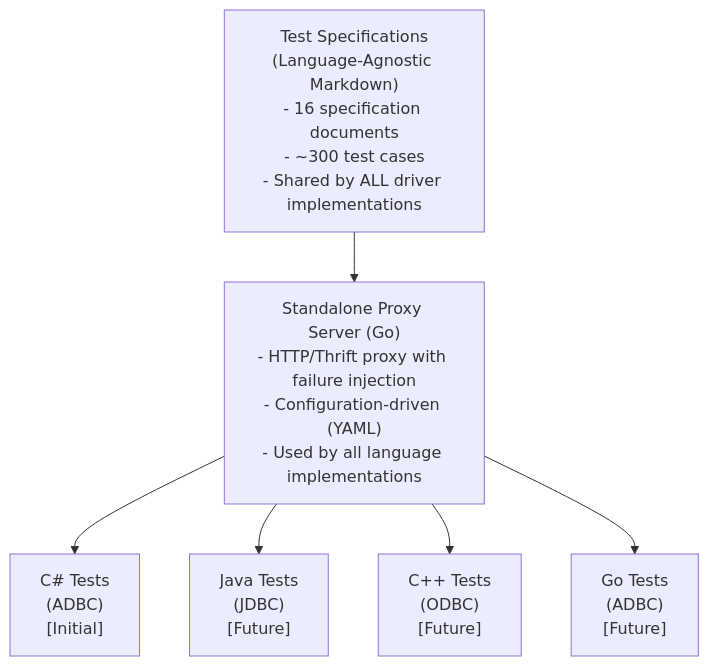
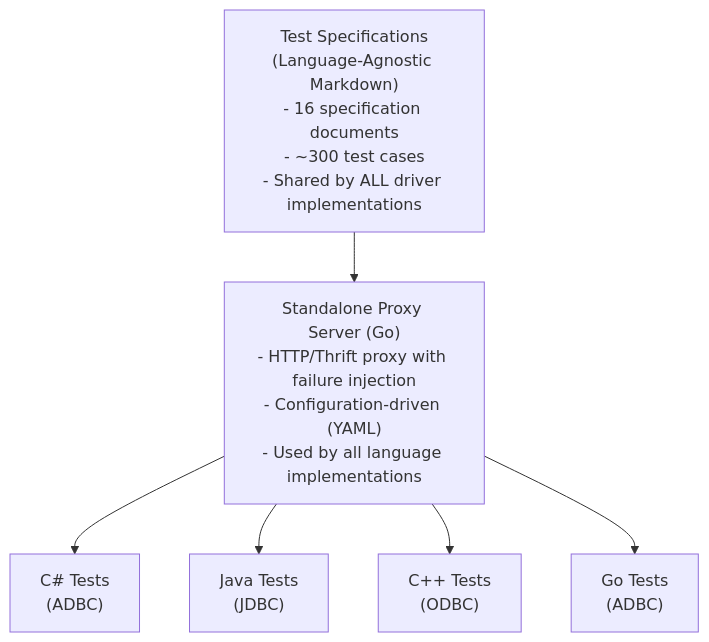
The diagram in docs/designs/thrift-protocol-tests/design.md (adbc-drivers/databricks), drawn with Mermaid before and after one commit. The commit also changed other lines of this file and 1 other file, not shown here.

````diff
--- a/docs/designs/thrift-protocol-tests/design.md
+++ b/docs/designs/thrift-protocol-tests/design.md
@@ -129,15 +129,15 @@
 ```mermaid
 graph TD
     A["Test Specifications<br/>(Language-Agnostic Markdown)<br/>- 16 specification documents<br/>- ~300 test cases<br/>- Shared by ALL driver implementations"]
     B["Standalone Proxy Server (Go)<br/>- HTTP/Thrift proxy with failure injection<br/>- Configuration-driven (YAML)<br/>- Used by all language implementations"]
-    C1["C# Tests<br/>(ADBC)<br/>[Initial]"]
-    C2["Java Tests<br/>(JDBC)<br/>[Future]"]
-    C3["C++ Tests<br/>(ODBC)<br/>[Future]"]
-    C4["Go Tests<br/>(ADBC)<br/>[Future]"]
+    C1["C# Tests<br/>(ADBC)"]
+    C2["Java Tests<br/>(JDBC)"]
+    C3["C++ Tests<br/>(ODBC)"]
+    C4["Go Tests<br/>(ADBC)"]
 
     A --> B
     B --> C1
     B --> C2
     B --> C3
     B --> C4
 ```
````
